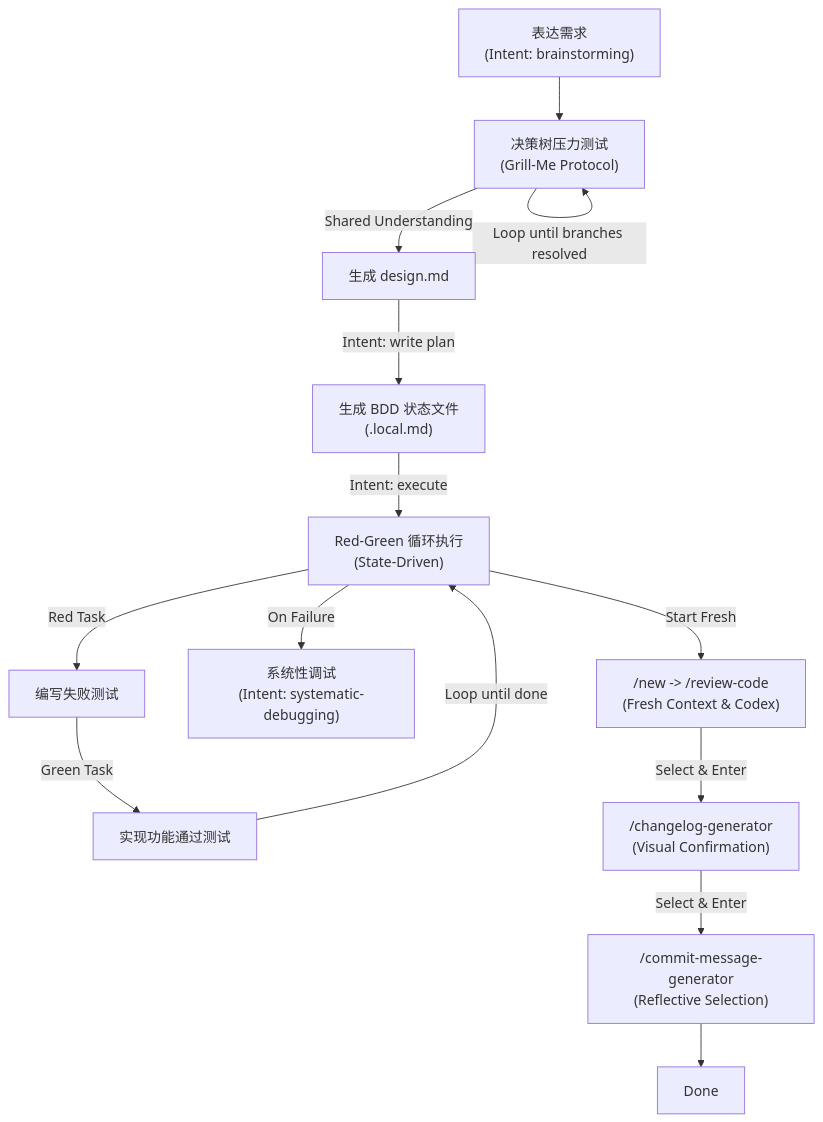
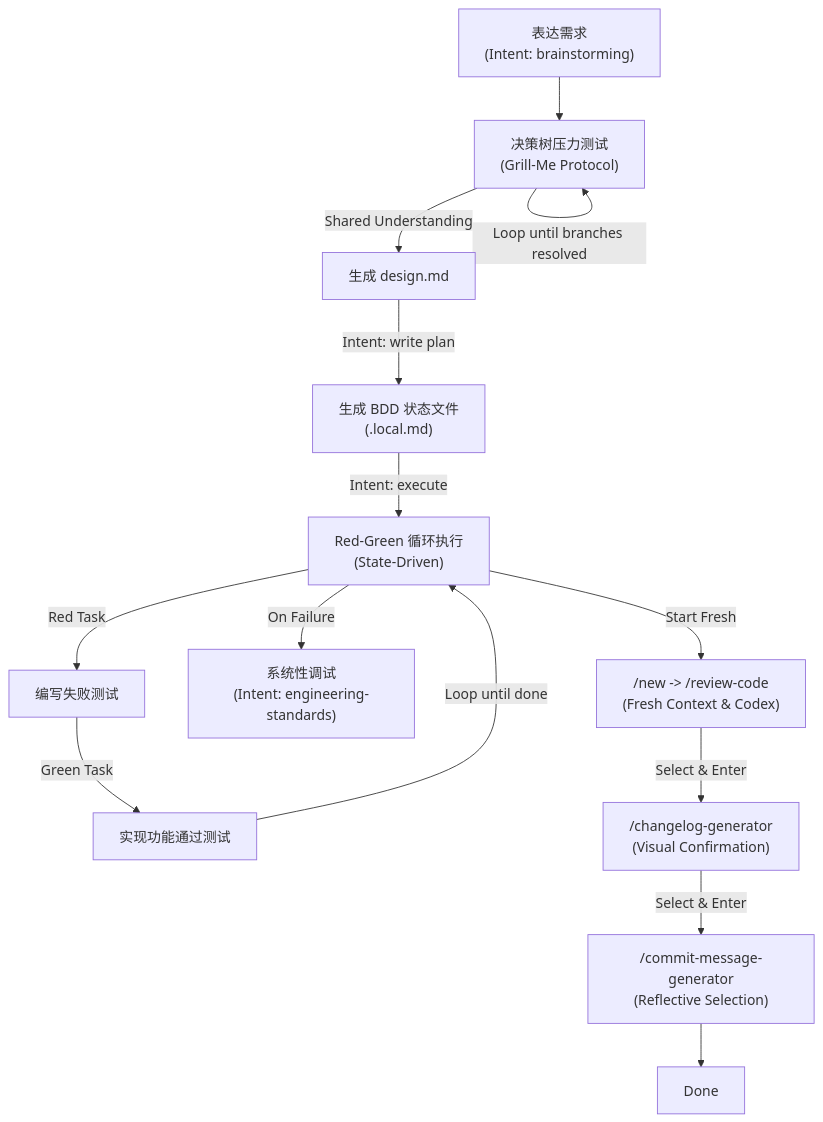
Before and after one commit to zzpwestlife/learn-claude-code: the diagram in README.md, drawn with Mermaid. The commit also changed other lines of this file and 45 other files, not shown here.

````diff
--- a/README.md
+++ b/README.md
@@ -76,16 +76,16 @@
 ```mermaid
 graph TD
     Start["表达需求<br/>(Intent: brainstorming)"] --> Interview["决策树压力测试<br/>(Grill-Me Protocol)"]
     Interview -->|Loop until branches resolved| Interview
     Interview -->|Shared Understanding| Optimize["生成 design.md"]
     Optimize -->|Intent: write plan| Plan["生成 BDD 状态文件<br/>(.local.md)"]
     Plan -->|Intent: execute| Execute["Red-Green 循环执行<br/>(State-Driven)"]
     Execute -->|Red Task| Red["编写失败测试"]
     Red -->|Green Task| Green["实现功能通过测试"]
     Green -->|Loop until done| Execute
-    Execute -->|On Failure| Debug["系统性调试<br/>(Intent: systematic-debugging)"]
+    Execute -->|On Failure| Debug["系统性调试<br/>(Intent: engineering-standards)"]
     Execute -->|Start Fresh| Review["/new -> /review-code<br/>(Fresh Context & Codex)"]
     Review -->|Select & Enter| Changelog["/changelog-generator<br/>(Visual Confirmation)"]
     Changelog -->|Select & Enter| Commit["/commit-message-generator<br/>(Reflective Selection)"]
     Commit --> Finish[Done]
 ```
````
